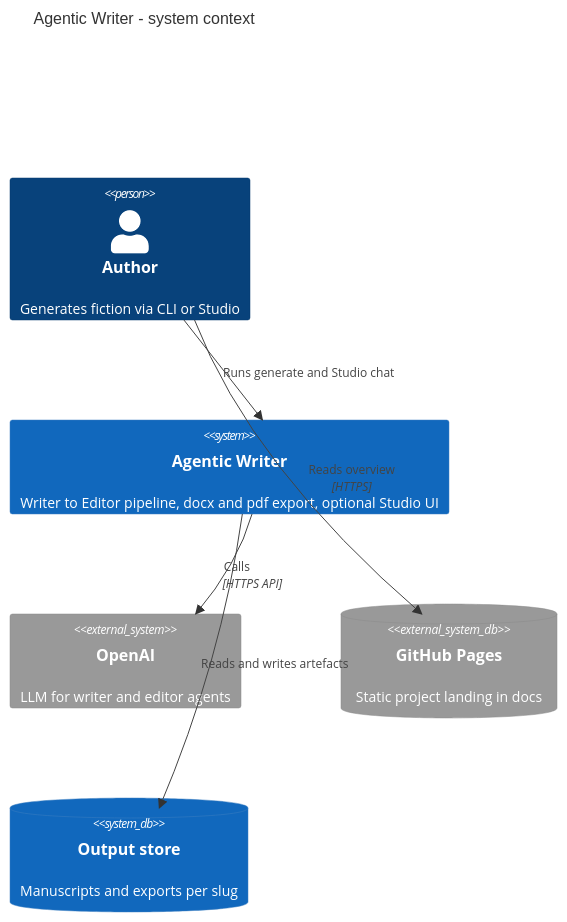
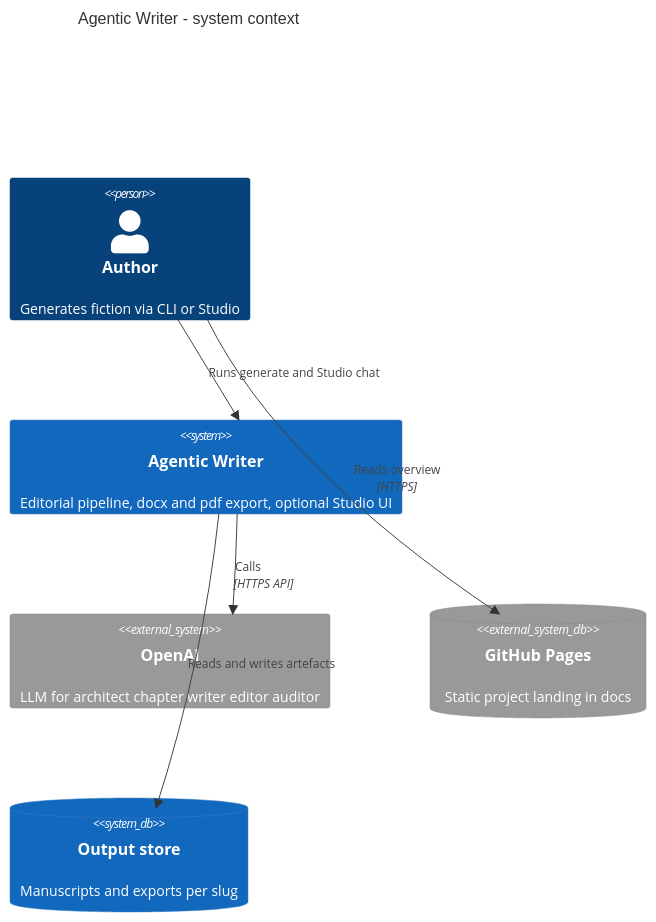
Before and after one commit to nmarchand73/Agentic-writer: the first of 7 diagrams in README.md, drawn with Mermaid. The commit also changed other lines of this file and 4 other files, not shown here.

First line of the commit message:
Update README and C4 diagrams for editorial pipeline.

````diff
--- a/README.md
+++ b/README.md
@@ -15,15 +31,15 @@
 ```mermaid
 C4Context
   title Agentic Writer - system context
 
   Person(author, "Author", "Generates fiction via CLI or Studio")
-  System(aw, "Agentic Writer", "Writer to Editor pipeline, docx and pdf export, optional Studio UI")
-  System_Ext(openai, "OpenAI", "LLM for writer and editor agents")
+  System(aw, "Agentic Writer", "Editorial pipeline, docx and pdf export, optional Studio UI")
+  System_Ext(openai, "OpenAI", "LLM for architect chapter writer editor auditor")
   SystemDb_Ext(pages, "GitHub Pages", "Static project landing in docs")
   SystemDb(output, "Output store", "Manuscripts and exports per slug")
 
   Rel(author, aw, "Runs generate and Studio chat")
   Rel(aw, openai, "Calls", "HTTPS API")
   Rel(aw, output, "Reads and writes artefacts")
   Rel(author, pages, "Reads overview", "HTTPS")
 ```
````
